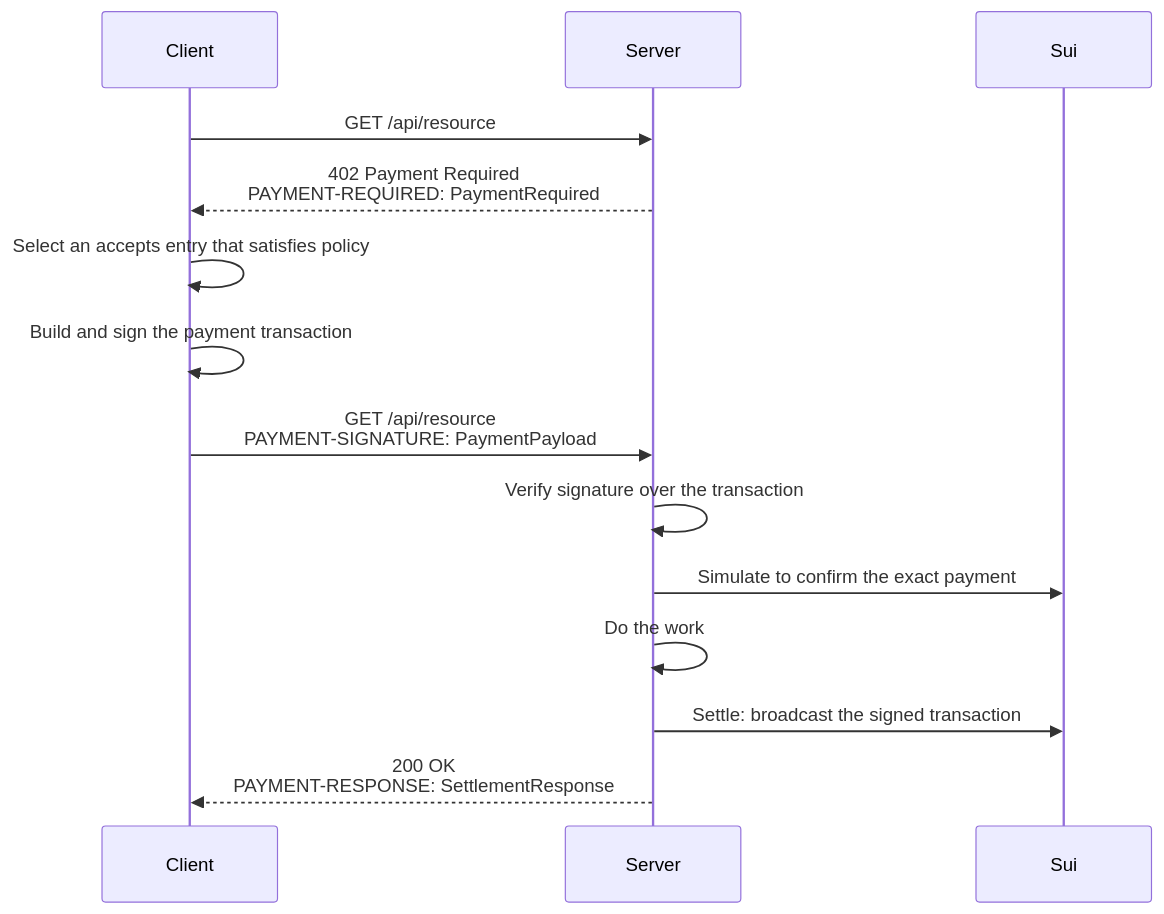
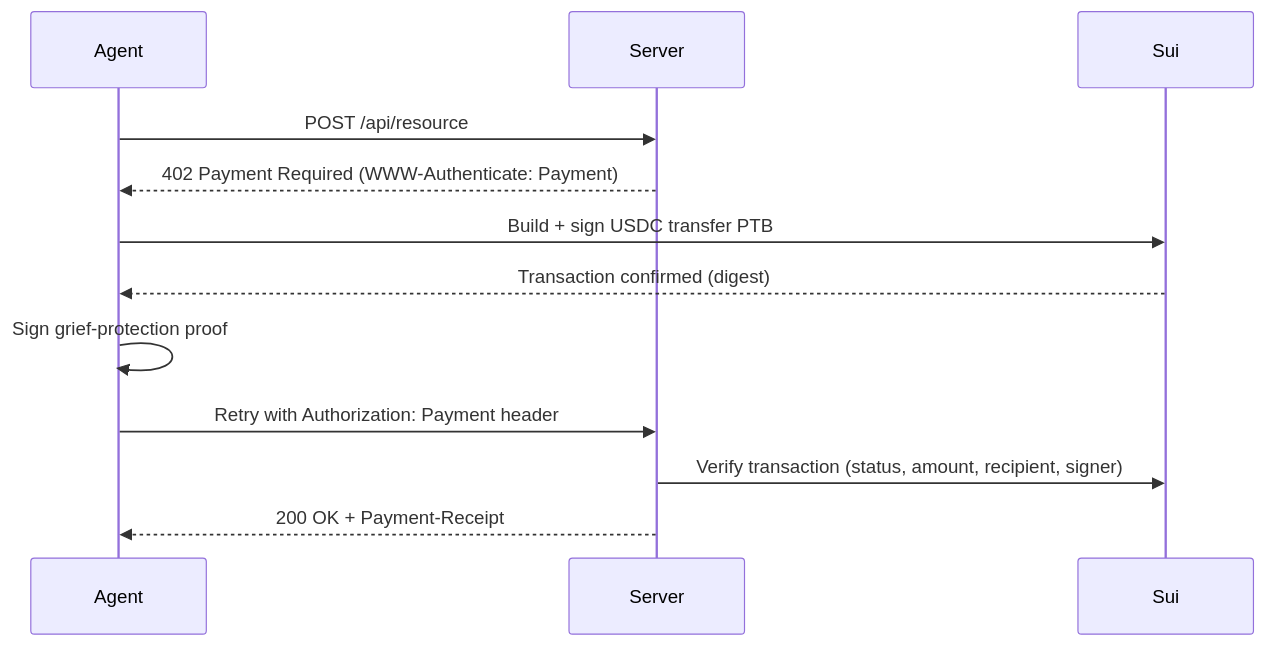
The diagram in docs/content/onchain-finance/x402-pay-per-request.mdx (MystenLabs/sui), drawn with Mermaid before and after one commit. The commit also changed other lines of this file and 6 other files, not shown here.

````diff
--- a/docs/content/onchain-finance/x402-pay-per-request.mdx
+++ b/docs/content/onchain-finance/x402-pay-per-request.mdx
@@ -58,17 +61,15 @@
 ```mermaid
 sequenceDiagram
-    participant Client
+    participant Agent
     participant Server
     participant Sui
 
-    Client->>Server: GET /api/resource
-    Server-->>Client: 402 Payment Required<br/>PAYMENT-REQUIRED: PaymentRequired
-    Client->>Client: Select an accepts entry that satisfies policy
-    Client->>Client: Build and sign the payment transaction
-    Client->>Server: GET /api/resource<br/>PAYMENT-SIGNATURE: PaymentPayload
-    Server->>Server: Verify signature over the transaction
-    Server->>Sui: Simulate to confirm the exact payment
-    Server->>Server: Do the work
-    Server->>Sui: Settle: broadcast the signed transaction
-    Server-->>Client: 200 OK<br/>PAYMENT-RESPONSE: SettlementResponse
+    Agent->>Server: POST /api/resource
+    Server-->>Agent: 402 Payment Required (WWW-Authenticate: Payment)
+    Agent->>Sui: Build + sign USDC transfer PTB
+    Sui-->>Agent: Transaction confirmed (digest)
+    Agent->>Agent: Sign grief-protection proof
+    Agent->>Server: Retry with Authorization: Payment header
+    Server->>Sui: Verify transaction (status, amount, recipient, signer)
+    Server-->>Agent: 200 OK + Payment-Receipt
 ```
````
